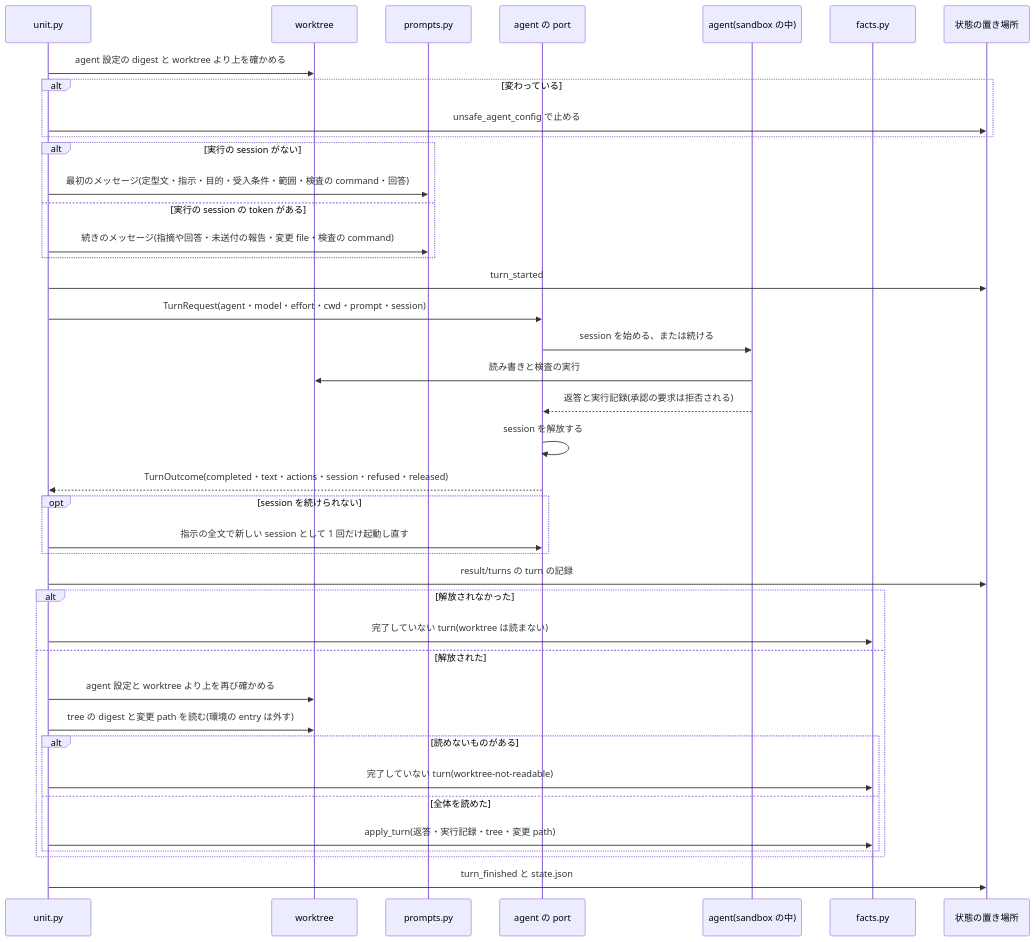
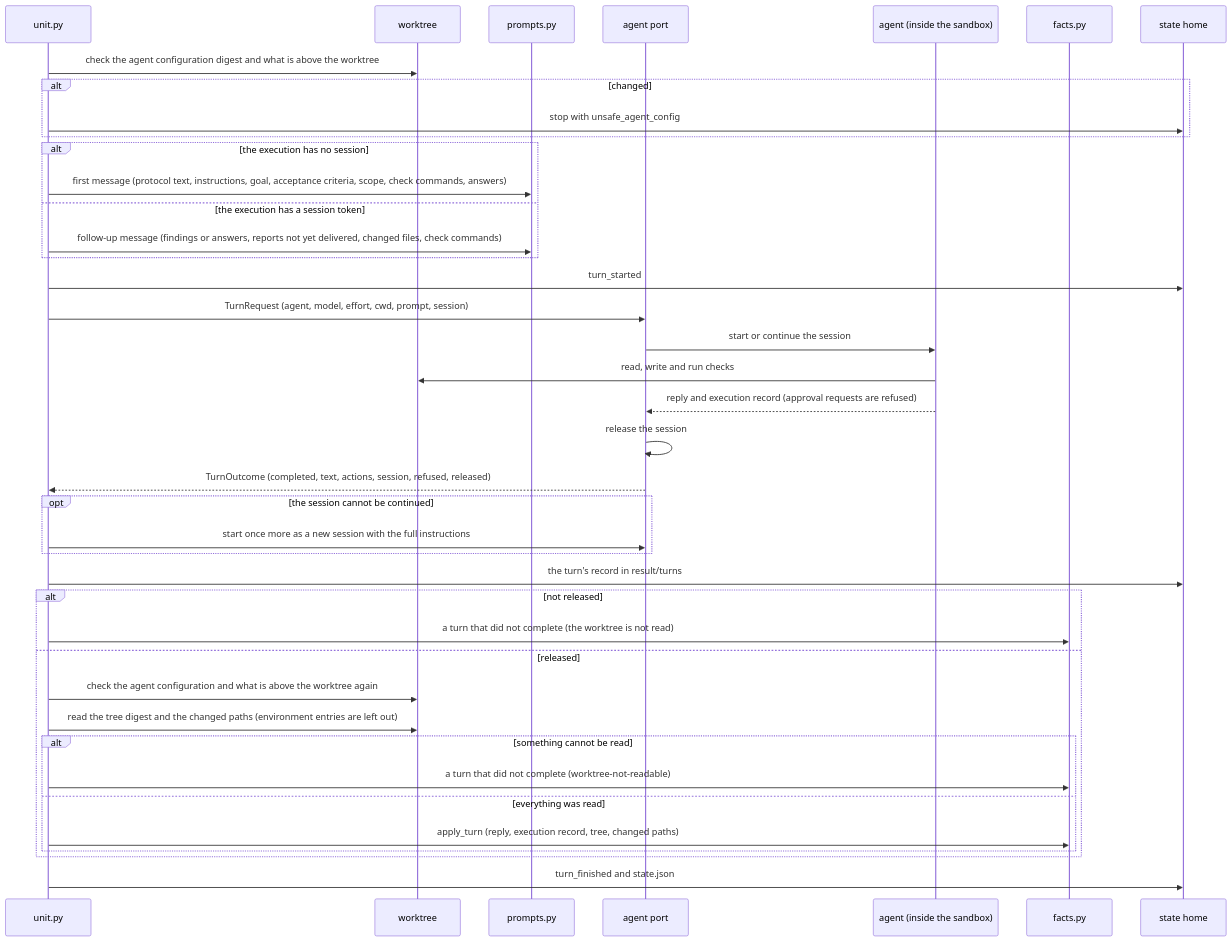
Before and after one commit to takezoh/loop-engine: the fourth of 8 diagrams in ARCHITECTURE.md, drawn with Mermaid. The commit also changed other lines of this file and 43 other files, not shown here.

First line of the commit message:
feat(loop-engine)!: stand the engine on its own: English documents by reader, its own home and check file, the unit tools and a stdio MCP entry

````diff
--- a/ARCHITECTURE.md
+++ b/ARCHITECTURE.md
@@ -181,42 +182,42 @@
 ```mermaid
 sequenceDiagram
   participant U as unit.py
   participant W as worktree
   participant P as prompts.py
-  participant A as agent の port
-  participant G as agent(sandbox の中)
+  participant A as agent port
+  participant G as agent (inside the sandbox)
   participant F as facts.py
-  participant S as 状態の置き場所
-  U->>W: agent 設定の digest と worktree より上を確かめる
-  alt 変わっている
-    U->>S: unsafe_agent_config で止める
+  participant S as state home
+  U->>W: check the agent configuration digest and what is above the worktree
+  alt changed
+    U->>S: stop with unsafe_agent_config
   end
-  alt 実行の session がない
-    U->>P: 最初のメッセージ(定型文・指示・目的・受入条件・範囲・検査の command・回答)
-  else 実行の session の token がある
-    U->>P: 続きのメッセージ(指摘や回答・未送付の報告・変更 file・検査の command)
+  alt the execution has no session
+    U->>P: first message (protocol text, instructions, goal, acceptance criteria, scope, check commands, answers)
+  else the execution has a session token
+    U->>P: follow-up message (findings or answers, reports not yet delivered, changed files, check commands)
   end
   U->>S: turn_started
-  U->>A: TurnRequest(agent・model・effort・cwd・prompt・session)
-  A->>G: session を始める、または続ける
-  G->>W: 読み書きと検査の実行
-  G-->>A: 返答と実行記録(承認の要求は拒否される)
-  A->>A: session を解放する
-  A-->>U: TurnOutcome(completed・text・actions・session・refused・released)
-  opt session を続けられない
-    U->>A: 指示の全文で新しい session として 1 回だけ起動し直す
+  U->>A: TurnRequest (agent, model, effort, cwd, prompt, session)
+  A->>G: start or continue the session
+  G->>W: read, write and run checks
+  G-->>A: reply and execution record (approval requests are refused)
+  A->>A: release the session
+  A-->>U: TurnOutcome (completed, text, actions, session, refused, released)
+  opt the session cannot be continued
+    U->>A: start once more as a new session with the full instructions
   end
-  U->>S: result/turns の turn の記録
-  alt 解放されなかった
-    U->>F: 完了していない turn(worktree は読まない)
-  else 解放された
-    U->>W: agent 設定と worktree より上を再び確かめる
-    U->>W: tree の digest と変更 path を読む(環境の entry は外す)
-    alt 読めないものがある
-      U->>F: 完了していない turn(worktree-not-readable)
-    else 全体を読めた
-      U->>F: apply_turn(返答・実行記録・tree・変更 path)
+  U->>S: the turn's record in result/turns
+  alt not released
+    U->>F: a turn that did not complete (the worktree is not read)
+  else released
+    U->>W: check the agent configuration and what is above the worktree again
+    U->>W: read the tree digest and the changed paths (environment entries are left out)
+    alt something cannot be read
+      U->>F: a turn that did not complete (worktree-not-readable)
+    else everything was read
+      U->>F: apply_turn (reply, execution record, tree, changed paths)
     end
   end
-  U->>S: turn_finished と state.json
+  U->>S: turn_finished and state.json
 ```
````
